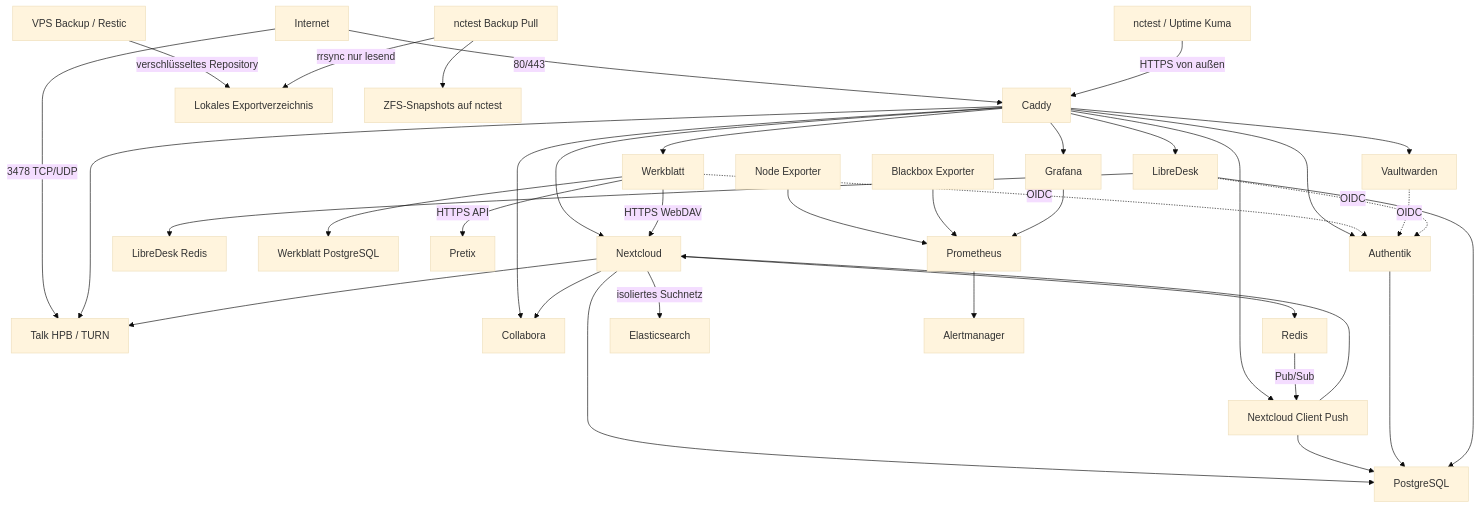
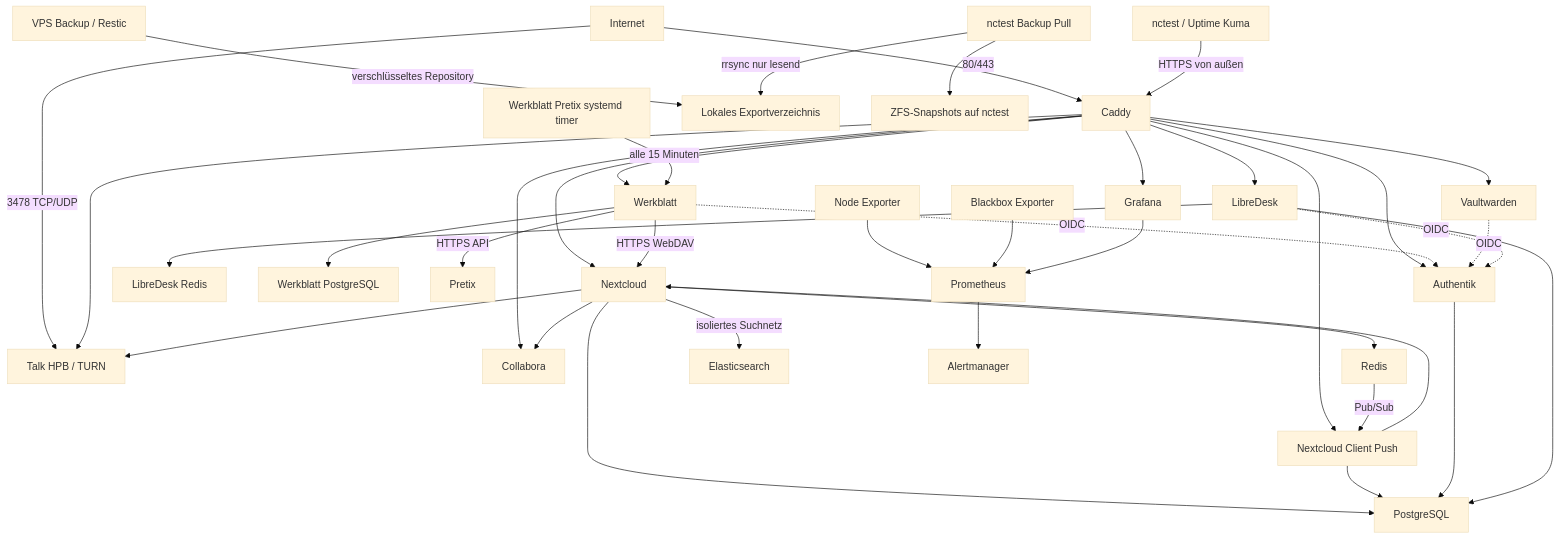
One commit to zircula-ev/infrastructure changed the diagram in docs/03-architecture.md. Above: the diagram before and after it, drawn with Mermaid (base theme). The commit also changed other lines of this file and 7 other files, not shown here.

````diff
--- a/docs/03-architecture.md
+++ b/docs/03-architecture.md
@@ -5,43 +5,44 @@
 ```mermaid
 flowchart TD
     Internet -->|80/443| Caddy
     Internet -->|3478 TCP/UDP| TalkHPB[Talk HPB / TURN]
     nctest[nctest / Uptime Kuma] -->|HTTPS von außen| Caddy
 
     Caddy --> Nextcloud
     Caddy --> NotifyPush[Nextcloud Client Push]
     Caddy --> Collabora
     Caddy --> Authentik
     Caddy --> Grafana
     Caddy --> Vaultwarden
     Caddy --> LibreDesk
     Caddy --> Werkblatt
     Caddy --> TalkHPB
 
     Nextcloud --> PostgreSQL
     Nextcloud --> Redis
     Nextcloud -->|isoliertes Suchnetz| Elasticsearch
     Redis -->|Pub/Sub| NotifyPush
     NotifyPush --> PostgreSQL
     NotifyPush --> Nextcloud
     Nextcloud --> Collabora
     Nextcloud --> TalkHPB
     Authentik --> PostgreSQL
     LibreDesk --> PostgreSQL
     LibreDesk --> LibreDeskRedis[LibreDesk Redis]
     Werkblatt --> WerkblattDB[Werkblatt PostgreSQL]
     Werkblatt -.->|OIDC| Authentik
     Werkblatt -->|HTTPS API| Pretix
     Werkblatt -->|HTTPS WebDAV| Nextcloud
+    PretixTimer[Werkblatt Pretix systemd timer] -->|alle 15 Minuten| Werkblatt
     Vaultwarden -.->|OIDC| Authentik
     LibreDesk -.->|OIDC| Authentik
 
     NodeExporter[Node Exporter] --> Prometheus
     BlackboxExporter[Blackbox Exporter] --> Prometheus
     Prometheus --> Alertmanager
     Grafana --> Prometheus
 
     VPSBackup[VPS Backup / Restic] -->|verschlüsseltes Repository| VPSExport[Lokales Exportverzeichnis]
     nctestBackup[nctest Backup Pull] -->|rrsync nur lesend| VPSExport
     nctestBackup --> ZFSSnapshots[ZFS-Snapshots auf nctest]
 ```
````
